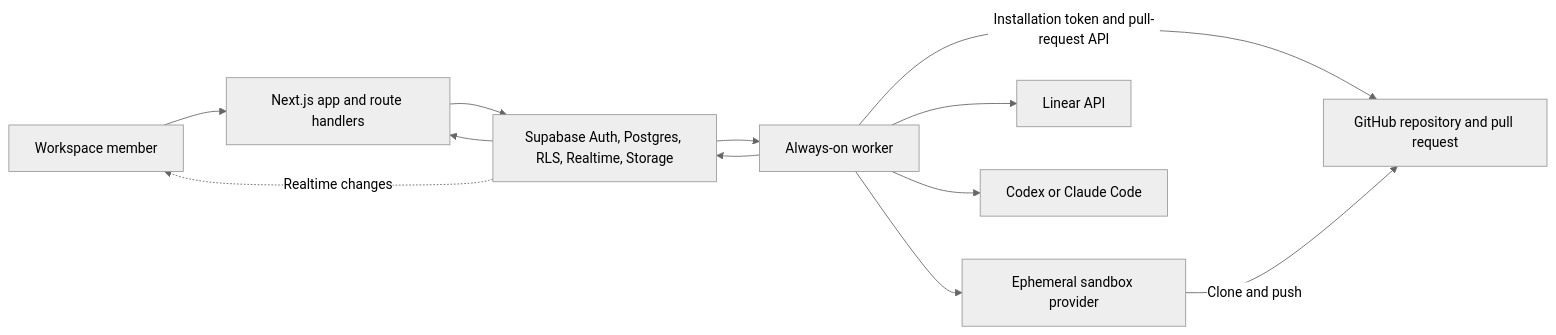
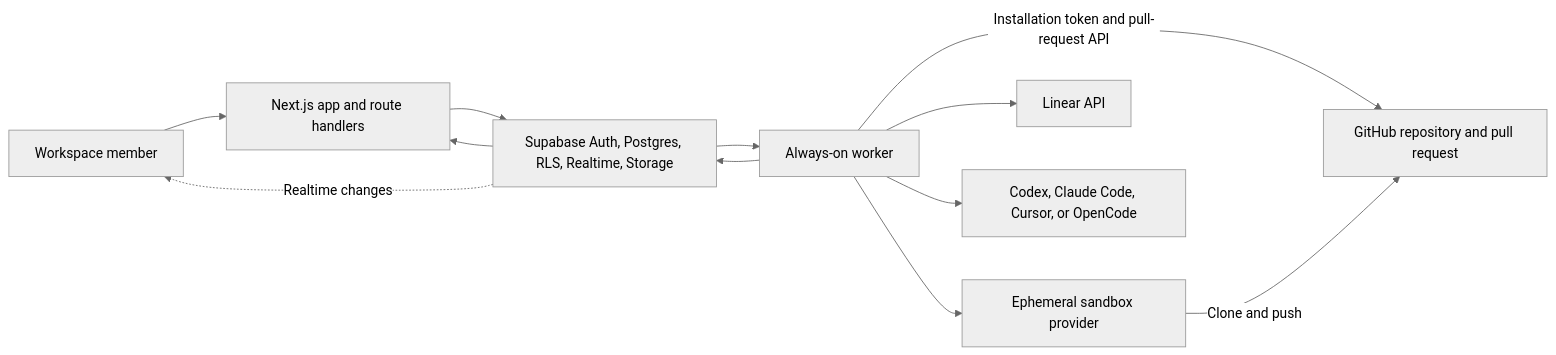
Before and after one commit to anantjain-xyz/wallie-dev: the diagram in docs/ARCHITECTURE.md, drawn with Mermaid (neutral theme). The commit also changed 57 other files, not shown here.

First line of the commit message:
feat(agents): add OpenCode provider support (#394)

````diff
--- a/docs/ARCHITECTURE.md
+++ b/docs/ARCHITECTURE.md
@@ -21,14 +21,14 @@
 ```mermaid
 flowchart LR
   user["Workspace member"] --> web["Next.js app and route handlers"]
   web --> db["Supabase Auth, Postgres, RLS, Realtime, Storage"]
   db --> web
   worker["Always-on worker"] --> db
   db --> worker
   worker --> sandbox["Ephemeral sandbox provider"]
   worker -- "Installation token and pull-request API" --> github["GitHub repository and pull request"]
   sandbox -- "Clone and push" --> github
   worker --> linear["Linear API"]
-  worker --> agent["Codex or Claude Code"]
+  worker --> agent["Codex, Claude Code, Cursor, or OpenCode"]
   db -. "Realtime changes" .-> user
 ```
````
